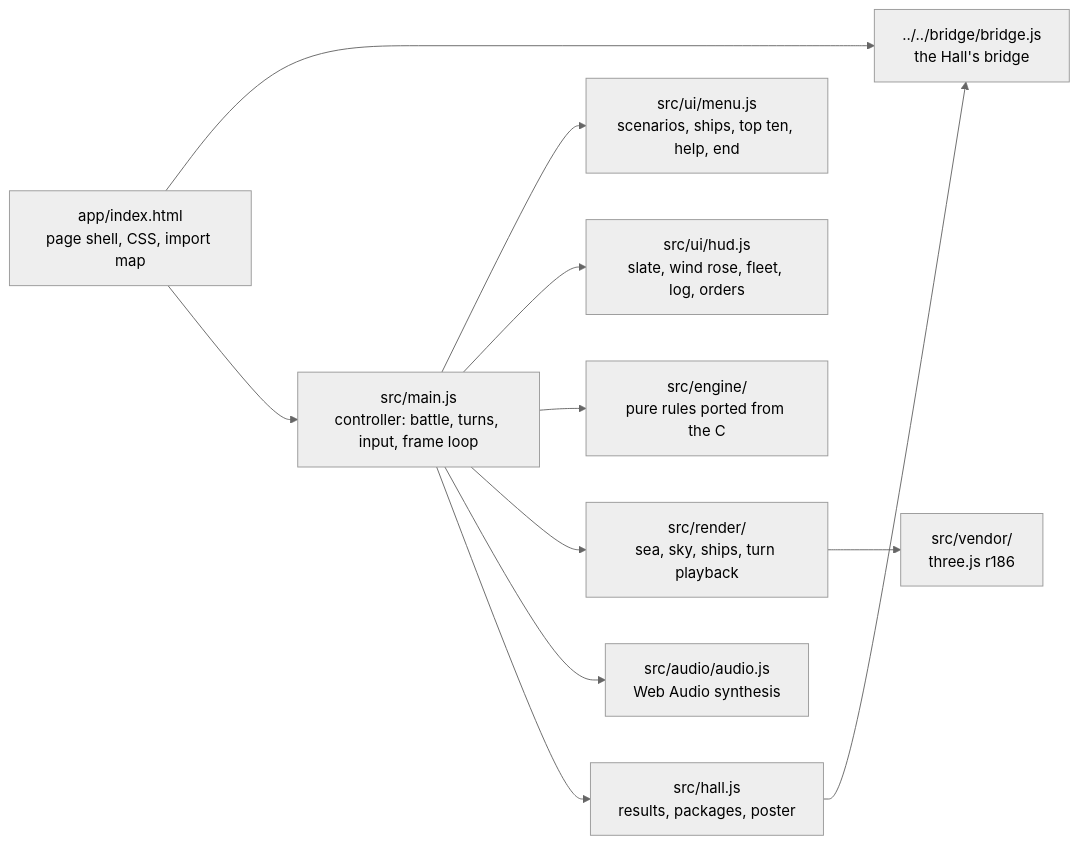
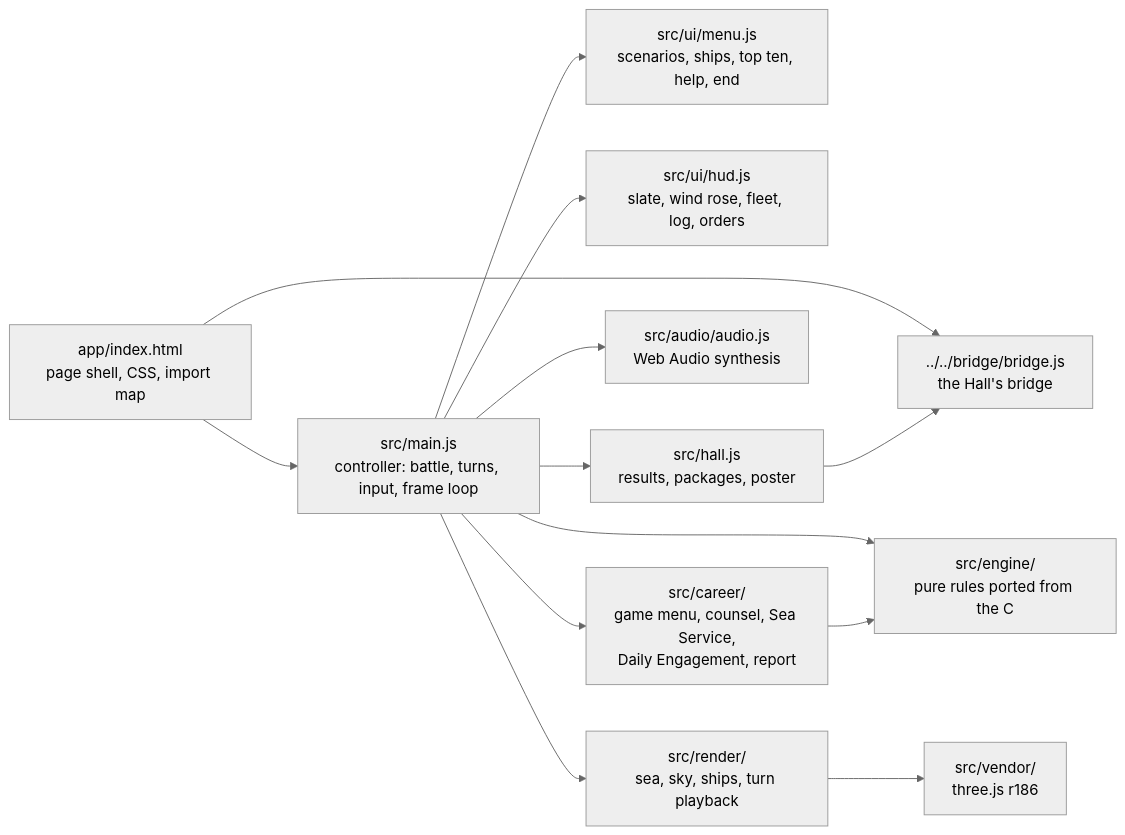
One commit to agunawijaya/usr-games-reborn changed the first of 2 diagrams in games/sail/docs/ARCHITECTURE.md. Above: the diagram before and after it, drawn with Mermaid (neutral theme). The commit also changed other lines of this file and 41 other files, not shown here.

First line of the commit message:
Broadside: game menu, Sea Service, Daily Engagement, battle reports, detailed hulls and visible damage

````diff
--- a/games/sail/docs/ARCHITECTURE.md
+++ b/games/sail/docs/ARCHITECTURE.md
@@ -16,13 +18,15 @@
 ```mermaid
 flowchart LR
   html["app/index.html<br/>page shell, CSS, import map"] --> bridge["../../bridge/bridge.js<br/>the Hall's bridge"]
   html --> main["src/main.js<br/>controller: battle, turns, input, frame loop"]
   main --> menu["src/ui/menu.js<br/>scenarios, ships, top ten, help, end"]
   main --> hud["src/ui/hud.js<br/>slate, wind rose, fleet, log, orders"]
   main --> engine["src/engine/<br/>pure rules ported from the C"]
   main --> render["src/render/<br/>sea, sky, ships, turn playback"]
   main --> audio["src/audio/audio.js<br/>Web Audio synthesis"]
   main --> hall["src/hall.js<br/>results, packages, poster"]
   render --> three["src/vendor/<br/>three.js r186"]
   hall --> bridge
+  main --> career["src/career/<br/>game menu, counsel, Sea Service,<br/>Daily Engagement, report"]
+  career --> engine
 ```
````
